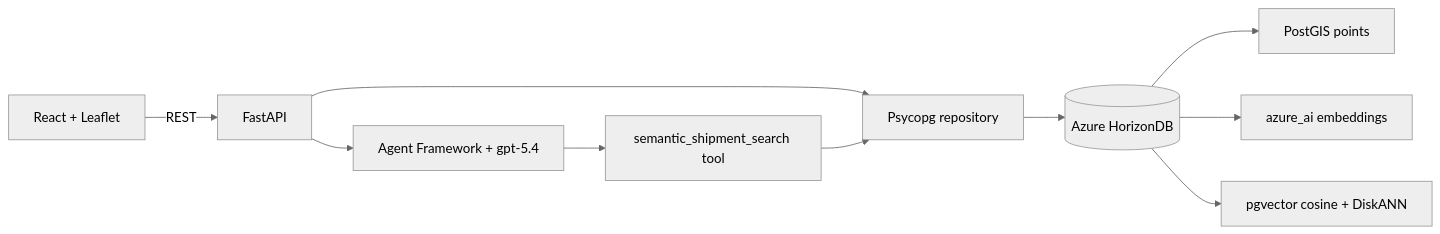
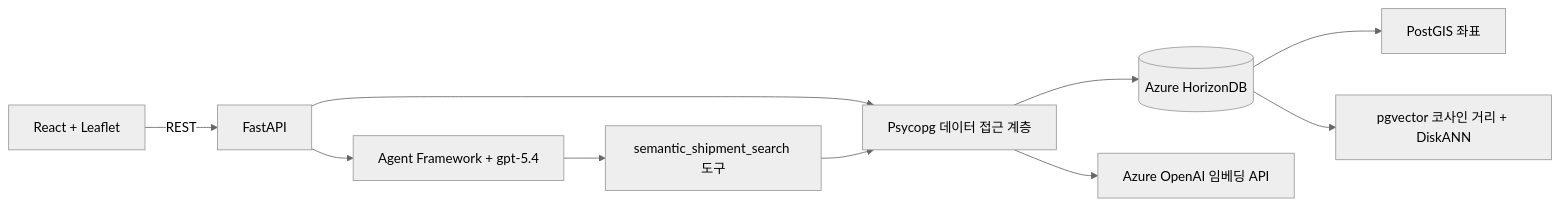
Before and after one commit to kyungtaak/fleet-intelligence-on-horizondb: the diagram in README.md, drawn with Mermaid (neutral theme). The commit also changed other lines of this file and 27 other files, not shown here.

````diff
--- a/README.md
+++ b/README.md
@@ -27,12 +28,12 @@
 ```mermaid
 flowchart LR
     Browser[React + Leaflet] -->|REST| API[FastAPI]
     API --> Agent[Agent Framework + gpt-5.4]
-    Agent --> Tool[semantic_shipment_search tool]
-    API --> Repo[Psycopg repository]
+    Agent --> Tool[semantic_shipment_search 도구]
+    API --> Repo[Psycopg 데이터 접근 계층]
     Tool --> Repo
     Repo --> DB[(Azure HorizonDB)]
-    DB --> PostGIS[PostGIS points]
-    DB --> AzureAI[azure_ai embeddings]
-    DB --> Vector[pgvector cosine + DiskANN]
+    Repo --> Embeddings[Azure OpenAI 임베딩 API]
+    DB --> PostGIS[PostGIS 좌표]
+    DB --> Vector[pgvector 코사인 거리 + DiskANN]
 ```
````
